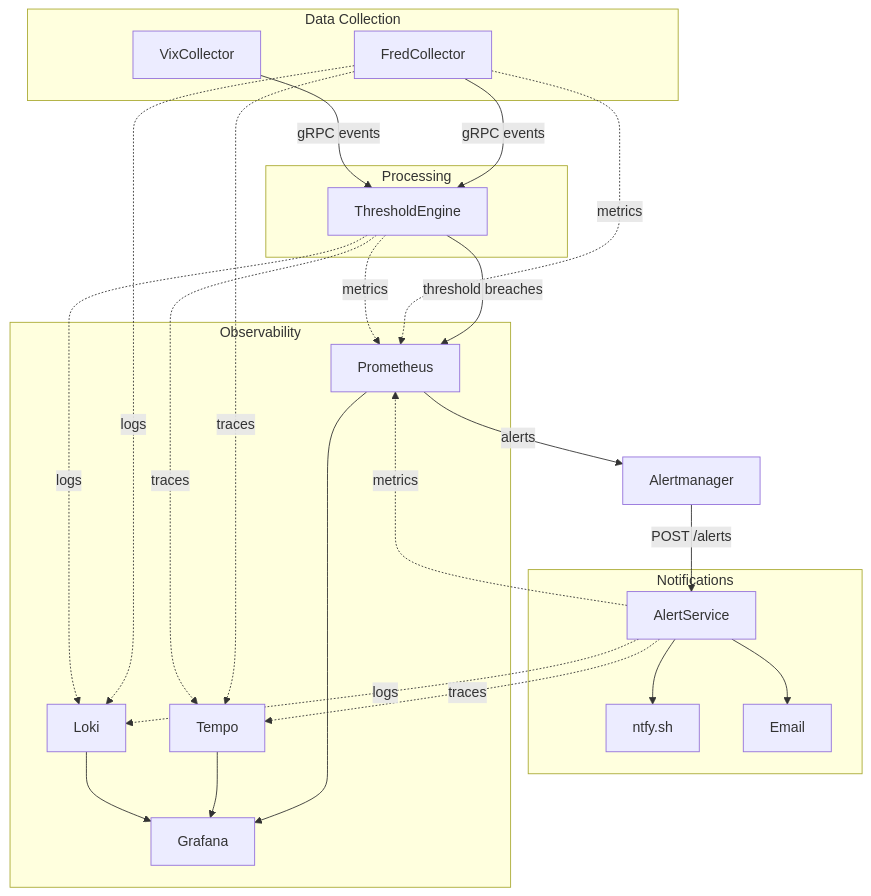
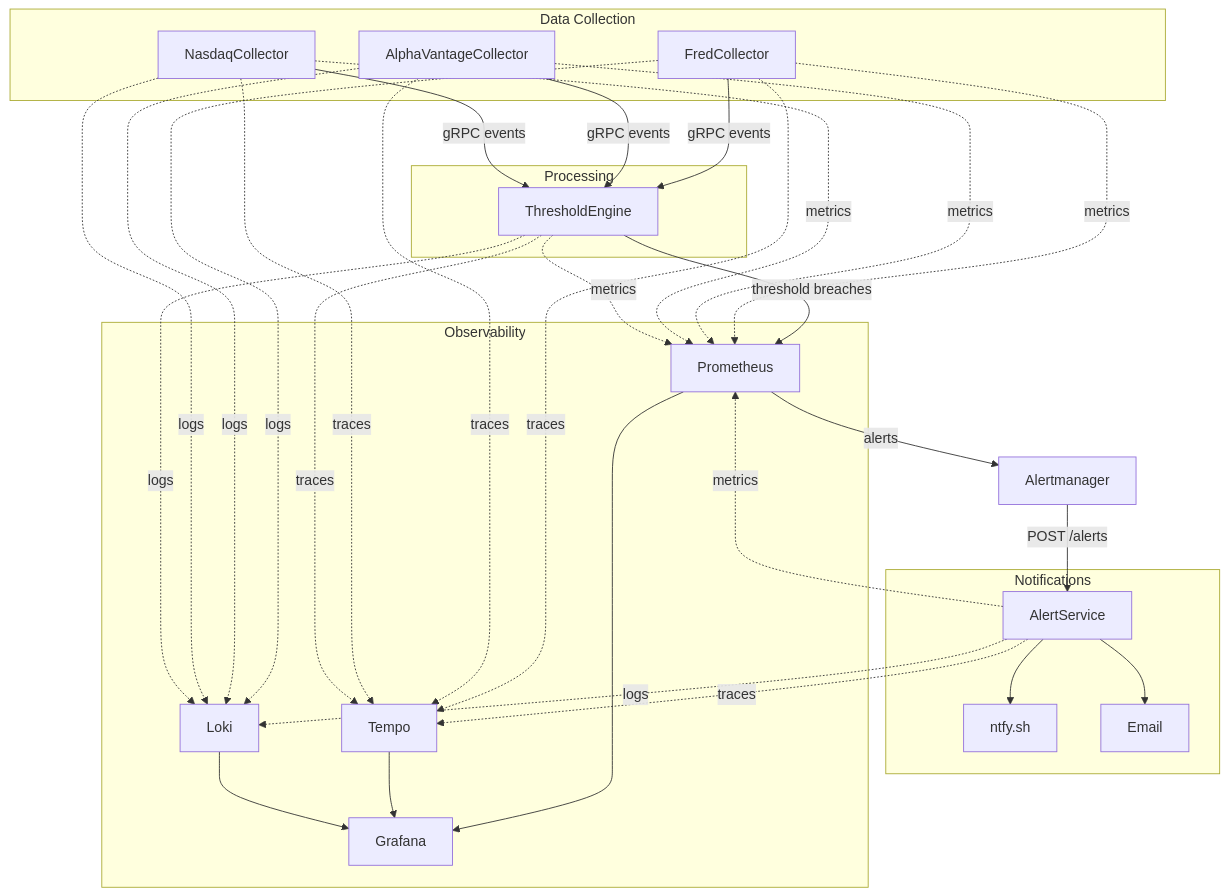
Before and after one commit to jpansarasa/ATLAS-Docs: the fourth of 4 diagrams in README.md, drawn with Mermaid. The commit also changed other lines of this file and 5 other files, not shown here.

````diff
--- a/README.md
+++ b/README.md
@@ -678,37 +718,39 @@
 ```mermaid
 flowchart TB
     subgraph Data Collection
         FC[FredCollector]
-        VC[VixCollector]
+        AV[AlphaVantageCollector]
+        NC[NasdaqCollector]
     end
 
     subgraph Processing
         TE[ThresholdEngine]
     end
 
     subgraph Notifications
         AS[AlertService]
         NTFY[ntfy.sh]
         EMAIL[Email]
     end
 
     subgraph Observability
         PROM[Prometheus]
         TEMPO[Tempo]
         LOKI[Loki]
         GRAF[Grafana]
     end
 
     FC -->|gRPC events| TE
-    VC -->|gRPC events| TE
+    AV -->|gRPC events| TE
+    NC -->|gRPC events| TE
     TE -->|threshold breaches| PROM
     PROM -->|alerts| AM[Alertmanager]
     AM -->|POST /alerts| AS
     AS --> NTFY
     AS --> EMAIL
 
-    FC & TE & AS -.->|traces| TEMPO
-    FC & TE & AS -.->|logs| LOKI
-    FC & TE & AS -.->|metrics| PROM
+    FC & AV & NC & TE & AS -.->|traces| TEMPO
+    FC & AV & NC & TE & AS -.->|logs| LOKI
+    FC & AV & NC & TE & AS -.->|metrics| PROM
     PROM & TEMPO & LOKI --> GRAF
 ```
````
